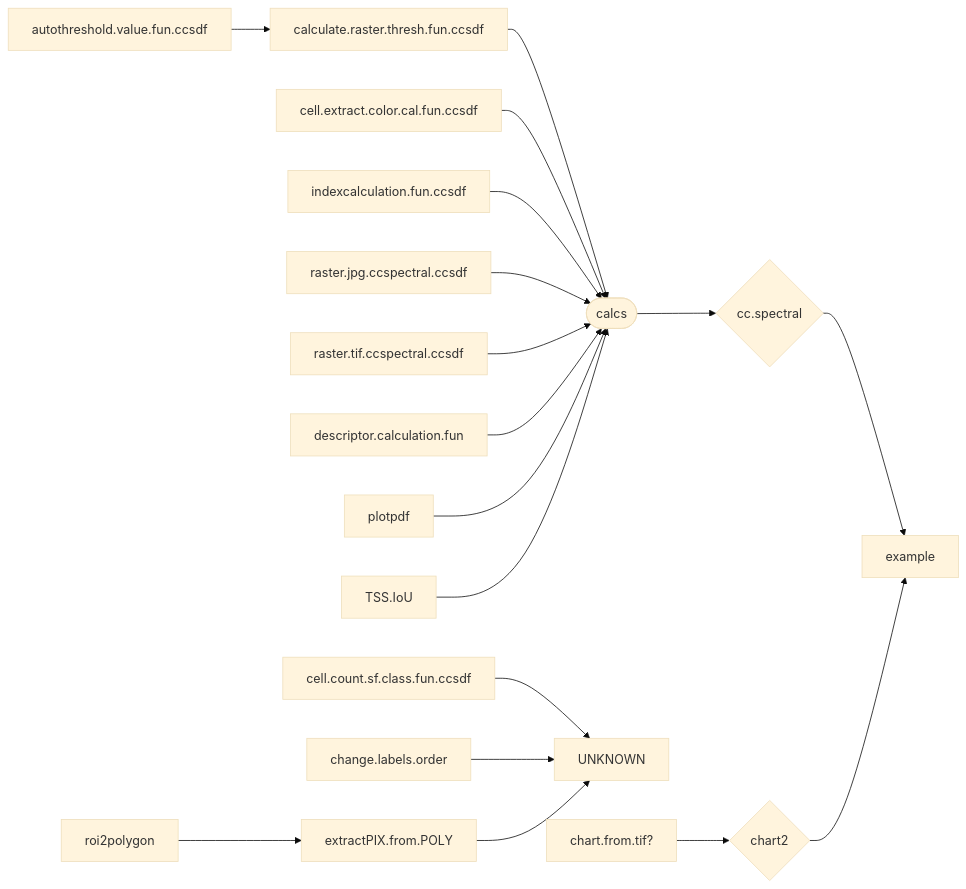
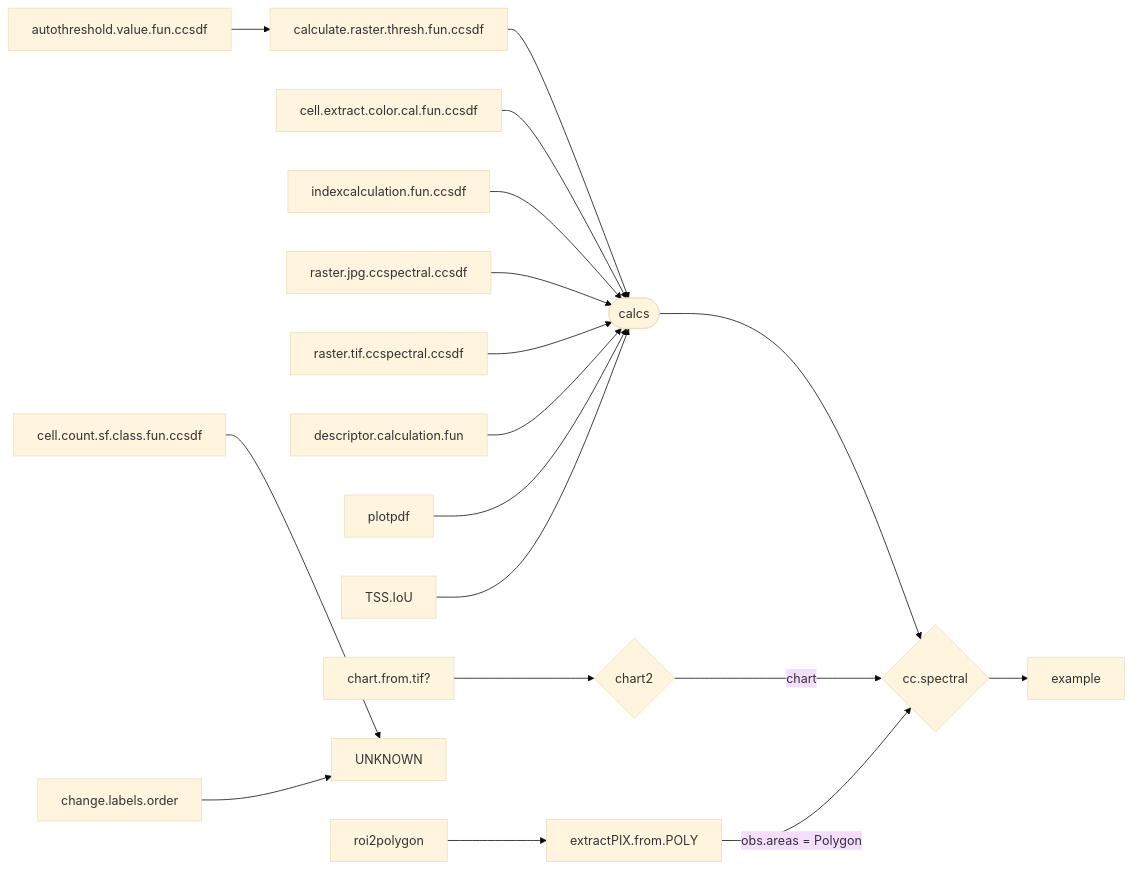
Before and after one commit to cRonFer/photomoss: the diagram in README.md, drawn with Mermaid (base theme).

````diff
--- a/README.md
+++ b/README.md
@@ -9,24 +9,25 @@
 ```mermaid
 flowchart LR
     A([calcs]) --> B{cc.spectral}
-    C{chart2}
+    C{chart2} -->|chart| B
+ O[chart.from.tif?] --> C
 
-    D[calculate.raster.thresh.fun.ccsdf] --> A
-    E[autothreshold.value.fun.ccsdf] --> D
+   D[calculate.raster.thresh.fun.ccsdf] --> A
+   E[autothreshold.value.fun.ccsdf] --> D
    F[cell.extract.color.cal.fun.ccsdf] --> A
    G[indexcalculation.fun.ccsdf] --> A
    H[raster.jpg.ccspectral.ccsdf] --> A
    I[raster.tif.ccspectral.ccsdf] --> A
    J[descriptor.calculation.fun] --> A
    K[plotpdf] --> A
    L[TSS.IoU] --> A
    
    M[cell.count.sf.class.fun.ccsdf] --> AA
    N[change.labels.order] --> AA
-   O[chart.from.tif?] --> C
-   P[extractPIX.from.POLY] --> AA
+   AA[UNKNOWN]
+
    Q[roi2polygon] --> P
-   AA[UNKNOWN]
+   P[extractPIX.from.POLY] --> |obs.areas = Polygon| B
+   
    B --> BB[example]
-   C --> BB[example]
    ```
````
